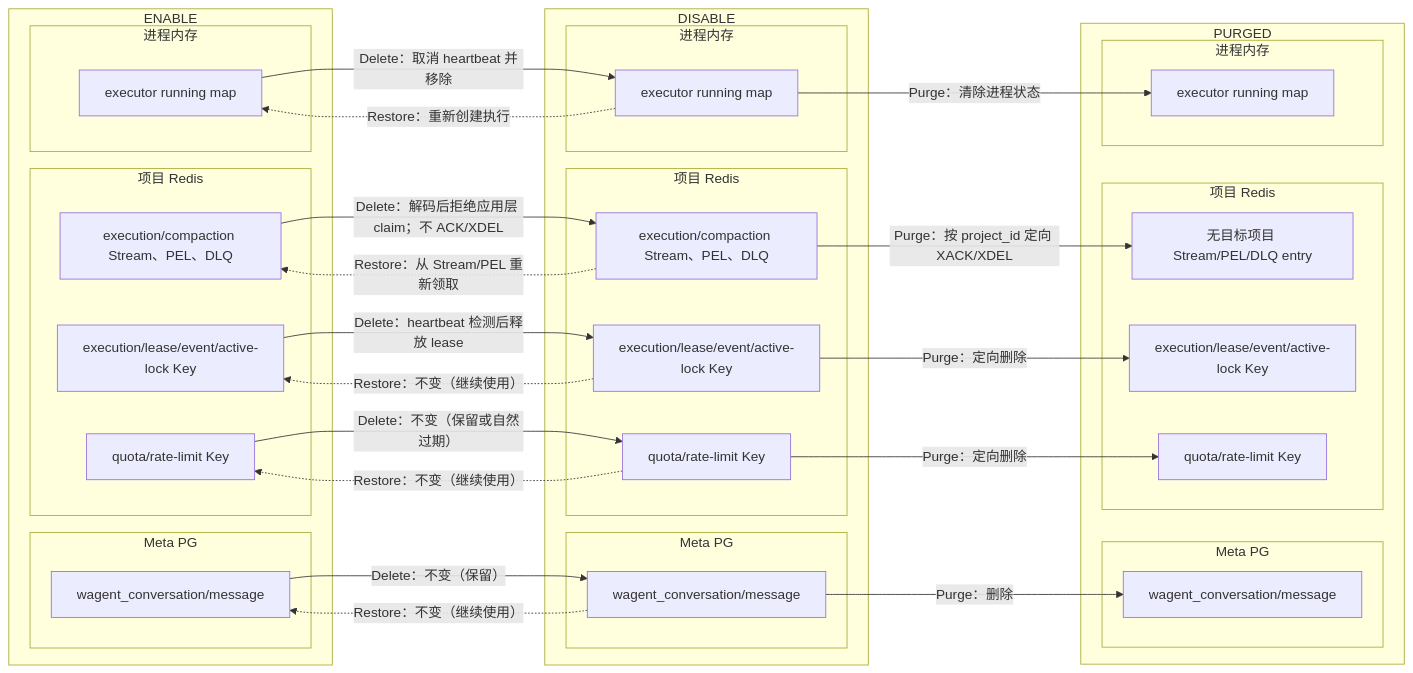
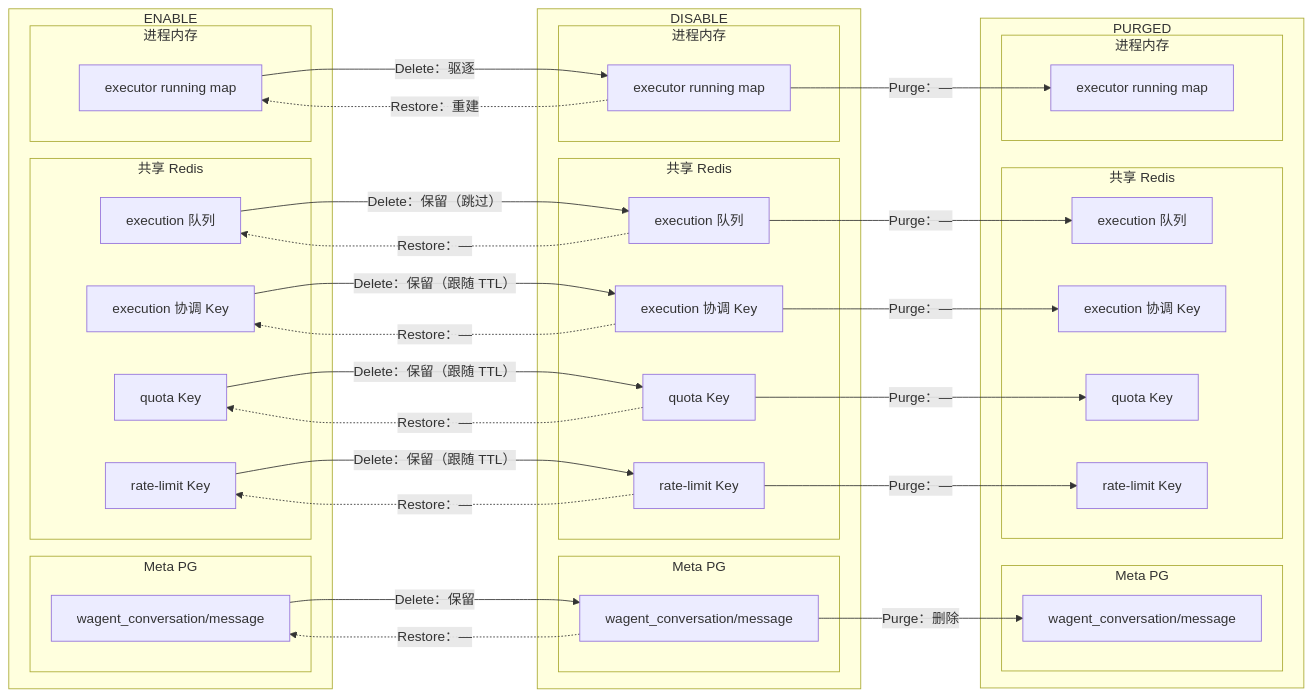
One commit to qinwenshiCH/workflow changed diagram 11 of 21 in specs/20260716-Wave-Refac-OrganizationProjectLifecycle/04-detail.md. Above: the diagram before and after it, drawn with Mermaid. The commit also changed other lines of this file and 2 other files, not shown here.

First line of the commit message:
fix: 按实际代码修正全部组件的生命周期文档 — 资源台账/生命周期图/流量变化图/PM改动

````diff
--- a/specs/20260716-Wave-Refac-OrganizationProjectLifecycle/04-detail.md
+++ b/specs/20260716-Wave-Refac-OrganizationProjectLifecycle/04-detail.md
@@ -636,60 +668,66 @@
 ```mermaid
 flowchart LR
     subgraph enable["ENABLE"]
         subgraph e_meta["Meta PG"]
             EMsg["wagent_conversation/message"]
         end
-        subgraph e_redis["项目 Redis"]
-            EQueue["execution/compaction Stream、PEL、DLQ"]
-            ELease["execution/lease/event/active-lock Key"]
-            EQuota["quota/rate-limit Key"]
+        subgraph e_redis["共享 Redis"]
+            EQueue["execution 队列"]
+            ELease["execution 协调 Key"]
+            EQuota["quota Key"]
+            ERateLimit["rate-limit Key"]
         end
         subgraph e_memory["进程内存"]
             ERunning["executor running map"]
         end
     end
 
     subgraph disable["DISABLE"]
         subgraph d_meta["Meta PG"]
             DMsg["wagent_conversation/message"]
         end
-        subgraph d_redis["项目 Redis"]
-            DQueue["execution/compaction Stream、PEL、DLQ"]
-            DLease["execution/lease/event/active-lock Key"]
-            DQuota["quota/rate-limit Key"]
+        subgraph d_redis["共享 Redis"]
+            DQueue["execution 队列"]
+            DLease["execution 协调 Key"]
+            DQuota["quota Key"]
+            DRateLimit["rate-limit Key"]
         end
         subgraph d_memory["进程内存"]
             DRunning["executor running map"]
         end
     end
 
     subgraph purged["PURGED"]
         subgraph p_meta["Meta PG"]
             PMsg["wagent_conversation/message"]
         end
-        subgraph p_redis["项目 Redis"]
-            PQueue["无目标项目 Stream/PEL/DLQ entry"]
-            PLease["execution/lease/event/active-lock Key"]
-            PQuota["quota/rate-limit Key"]
+        subgraph p_redis["共享 Redis"]
+            PQueue["execution 队列"]
+            PLease["execution 协调 Key"]
+            PQuota["quota Key"]
+            PRateLimit["rate-limit Key"]
         end
         subgraph p_memory["进程内存"]
             PRunning["executor running map"]
         end
     end
 
-    EMsg -->|Delete：不变（保留）| DMsg
-    EQueue -->|Delete：解码后拒绝应用层 claim；不 ACK/XDEL| DQueue
-    ELease -->|Delete：heartbeat 检测后释放 lease| DLease
-    EQuota -->|Delete：不变（保留或自然过期）| DQuota
-    ERunning -->|Delete：取消 heartbeat 并移除| DRunning
-    DMsg -.->|Restore：不变（继续使用）| EMsg
-    DQueue -.->|Restore：从 Stream/PEL 重新领取| EQueue
-    DLease -.->|Restore：不变（继续使用）| ELease
-    DQuota -.->|Restore：不变（继续使用）| EQuota
-    DRunning -.->|Restore：重新创建执行| ERunning
+    EMsg -->|Delete：保留| DMsg
+    EQueue -->|Delete：保留（跳过）| DQueue
+    ELease -->|Delete：保留（跟随 TTL）| DLease
+    EQuota -->|Delete：保留（跟随 TTL）| DQuota
+    ERateLimit -->|Delete：保留（跟随 TTL）| DRateLimit
+    ERunning -->|Delete：驱逐| DRunning
+    DMsg -.->|Restore：—| EMsg
+    DQueue -.->|Restore：—| EQueue
+    DLease -.->|Restore：—| ELease
+    DQuota -.->|Restore：—| EQuota
+    DRateLimit -.->|Restore：—| ERateLimit
+    DRunning -.->|Restore：重建| ERunning
     DMsg -->|Purge：删除| PMsg
-    DQueue -->|Purge：按 project_id 定向 XACK/XDEL| PQueue
-    DLease -->|Purge：定向删除| PLease
-    DQuota -->|Purge：定向删除| PQuota
-    DRunning -->|Purge：清除进程状态| PRunning
+    DQueue -->|Purge：—| PQueue
+    DLease -->|Purge：—| PLease
+    DQuota -->|Purge：—| PQuota
+    DRateLimit -->|Purge：—| PRateLimit
+    DRunning -->|Purge：—| PRunning
 ```
````
